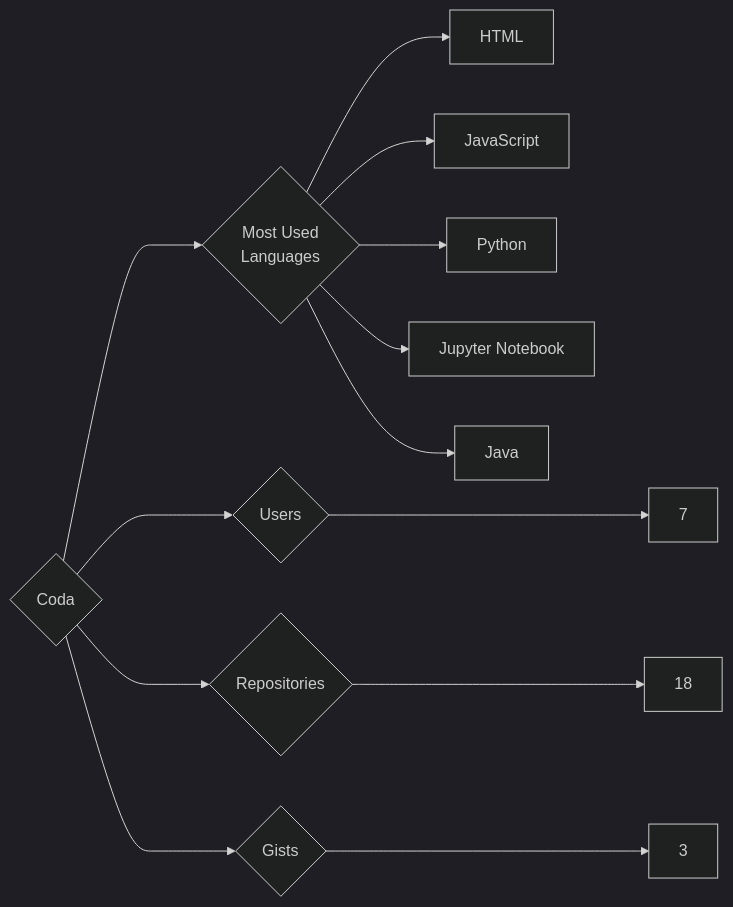
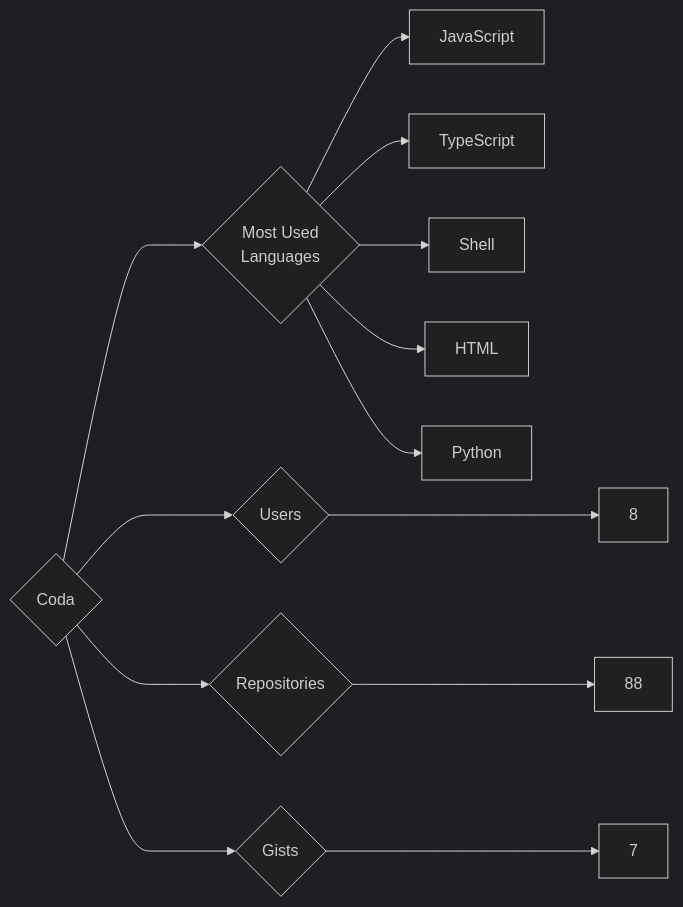
Before and after one commit to trickest/insiders: the diagram in targets/Coda/README.md, drawn with Mermaid (dark theme). The commit also changed 857 other files, not shown here.

````diff
--- a/targets/Coda/README.md
+++ b/targets/Coda/README.md
@@ -3,13 +3,13 @@
 ```mermaid
 graph LR
 COMPANY_NAME{Coda}
-COMPANY_NAME ---> U{Users} ---> UN[7]
-COMPANY_NAME ---> R{Repositories} ---> RN[18]
-COMPANY_NAME ---> G{Gists} ---> GN[3]
+COMPANY_NAME ---> U{Users} ---> UN[8]
+COMPANY_NAME ---> R{Repositories} ---> RN[88]
+COMPANY_NAME ---> G{Gists} ---> GN[7]
 COMPANY_NAME ---> ML{Most Used<br>Languages}
+ML --> JavaScript[JavaScript]
+ML --> TypeScript[TypeScript]
+ML --> Shell[Shell]
 ML --> HTML[HTML]
-ML --> JavaScript[JavaScript]
 ML --> Python[Python]
-ML --> Jupyter_Notebook[Jupyter Notebook]
-ML --> Java[Java]
 ```
````
